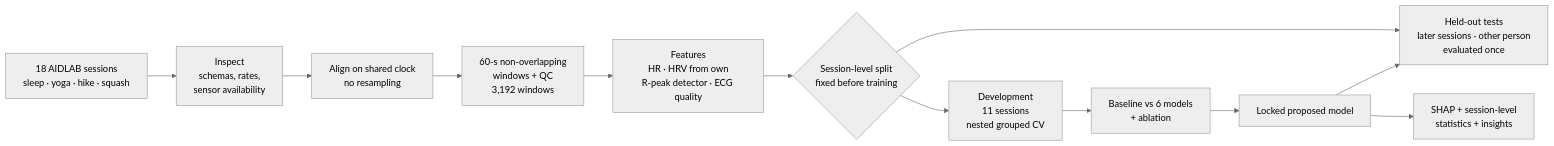
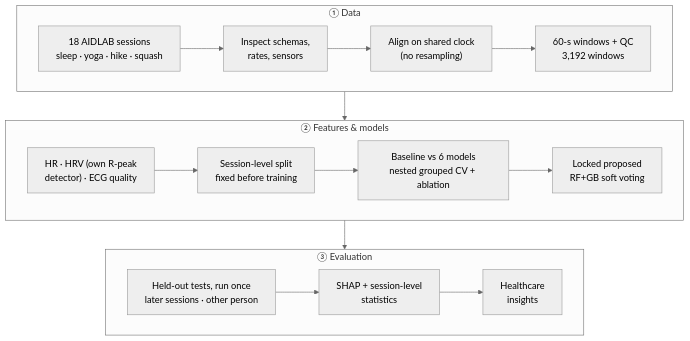
The diagram in README.md (hardikjain2005/Multimodal-Wearable-Sensor-Fusion-for-Physiological-Strain-Stratification), drawn with Mermaid (neutral theme) before and after one commit.

Commit message:
README: lay out pipeline diagram in three readable stages

````diff
--- a/README.md
+++ b/README.md
@@ -57,14 +57,16 @@
 ```mermaid
-flowchart LR
-    A[18 AIDLAB sessions<br/>sleep · yoga · hike · squash] --> B[Inspect<br/>schemas, rates,<br/>sensor availability]
-    B --> C[Align on shared clock<br/>no resampling]
-    C --> D[60-s non-overlapping<br/>windows + QC<br/>3,192 windows]
-    D --> E[Features<br/>HR · HRV from own<br/>R-peak detector · ECG quality]
-    E --> F{Session-level split<br/>fixed before training}
-    F --> G[Development<br/>11 sessions<br/>nested grouped CV]
-    F --> H[Held-out tests<br/>later sessions · other person<br/>evaluated once]
-    G --> I[Baseline vs 6 models<br/>+ ablation]
-    I --> J[Locked proposed model]
-    J --> H
-    J --> K[SHAP + session-level<br/>statistics + insights]
+flowchart TB
+    subgraph S1 ["① Data"]
+        direction LR
+        A["18 AIDLAB sessions<br/>sleep · yoga · hike · squash"] --> B["Inspect schemas,<br/>rates, sensors"] --> C["Align on shared clock<br/>(no resampling)"] --> D["60-s windows + QC<br/>3,192 windows"]
+    end
+    subgraph S2 ["② Features & models"]
+        direction LR
+        E["HR · HRV (own R-peak<br/>detector) · ECG quality"] --> F["Session-level split<br/>fixed before training"] --> G["Baseline vs 6 models<br/>nested grouped CV + ablation"] --> H["Locked proposed<br/>RF+GB soft voting"]
+    end
+    subgraph S3 ["③ Evaluation"]
+        direction LR
+        I["Held-out tests, run once<br/>later sessions · other person"] --> J["SHAP + session-level<br/>statistics"] --> K["Healthcare<br/>insights"]
+    end
+    S1 --> S2 --> S3
 ```
````
